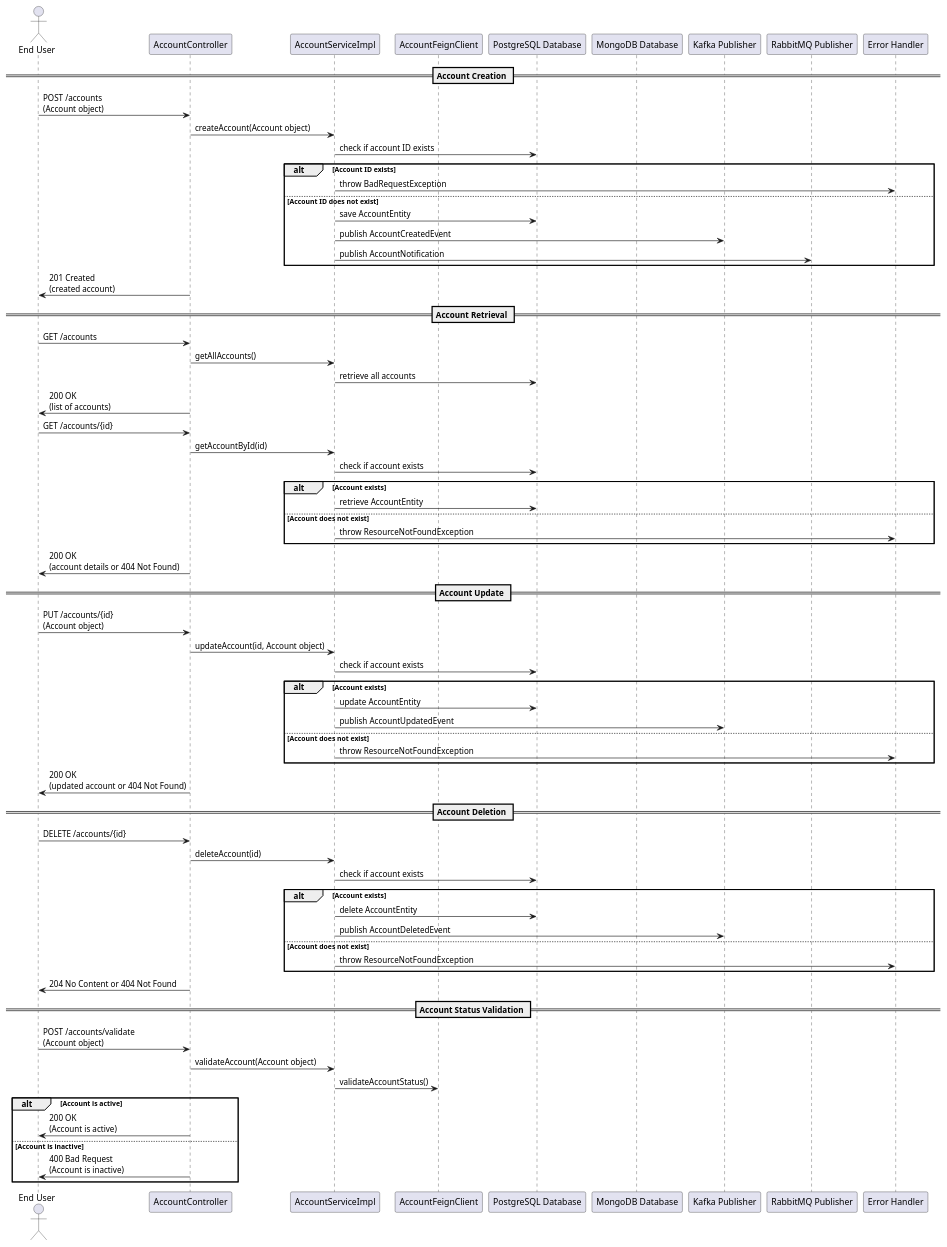
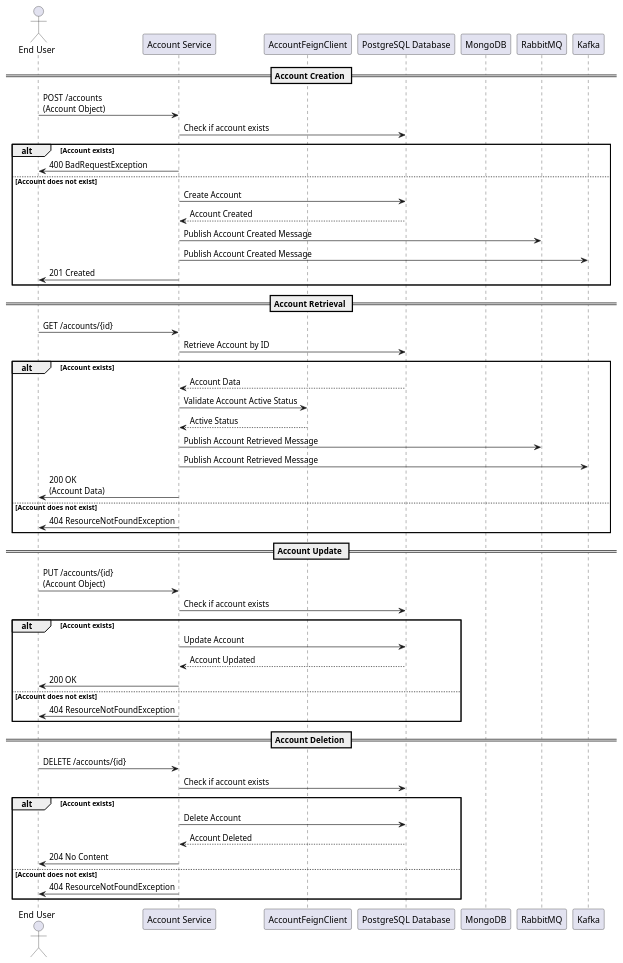
The diagram in GeneratedDesignDocument/AccountService_25.md (Bhaskar-Pavan/AccountService), drawn with PlantUML before and after one commit. The commit also changed other lines of this file, not shown here.

````diff
--- a/GeneratedDesignDocument/AccountService_25.md
+++ b/GeneratedDesignDocument/AccountService_25.md
@@ -45,77 +36,61 @@
 ```plantuml
 @startuml
 actor "End User" as User
-participant "AccountController" as Controller
-participant "AccountServiceImpl" as Service
+participant "Account Service" as Service
 participant "AccountFeignClient" as FeignClient
-participant "PostgreSQL Database" as PostgreSQL
-participant "MongoDB Database" as MongoDB
-participant "Kafka Publisher" as Kafka
-participant "RabbitMQ Publisher" as RabbitMQ
-participant "Error Handler" as ErrorHandler
+participant "PostgreSQL Database" as PGDB
+participant "MongoDB" as MongoDB
+participant "RabbitMQ" as RabbitMQ
+participant "Kafka" as Kafka
 
 == Account Creation ==
-User -> Controller: POST /accounts\n(Account object)
-Controller -> Service: createAccount(Account object)
-Service -> PostgreSQL: check if account ID exists
-alt Account ID exists
-    Service -> ErrorHandler: throw BadRequestException
-else Account ID does not exist
-    Service -> PostgreSQL: save AccountEntity
-    Service -> Kafka: publish AccountCreatedEvent
-    Service -> RabbitMQ: publish AccountNotification
+User -> Service : POST /accounts\n(Account Object)
+Service -> PGDB : Check if account exists
+alt Account exists
+    Service -> User : 400 BadRequestException
+else Account does not exist
+    Service -> PGDB : Create Account
+    PGDB --> Service : Account Created
+    Service -> RabbitMQ : Publish Account Created Message
+    Service -> Kafka : Publish Account Created Message
+    Service -> User : 201 Created
 end
-Controller -> User: 201 Created\n(created account)
 
 == Account Retrieval ==
-User -> Controller: GET /accounts
-Controller -> Service: getAllAccounts()
-Service -> PostgreSQL: retrieve all accounts
-Controller -> User: 200 OK\n(list of accounts)
-
-User -> Controller: GET /accounts/{id}
-Controller -> Service: getAccountById(id)
-Service -> PostgreSQL: check if account exists
+User -> Service : GET /accounts/{id}
+Service -> PGDB : Retrieve Account by ID
 alt Account exists
-    Service -> PostgreSQL: retrieve AccountEntity
+    PGDB --> Service : Account Data
+    Service -> FeignClient : Validate Account Active Status
+    FeignClient --> Service : Active Status
+    Service -> RabbitMQ : Publish Account Retrieved Message
+    Service -> Kafka : Publish Account Retrieved Message
+    Service -> User : 200 OK\n(Account Data)
 else Account does not exist
-    Service -> ErrorHandler: throw ResourceNotFoundException
+    Service -> User : 404 ResourceNotFoundException
 end
-Controller -> User: 200 OK\n(account details or 404 Not Found)
 
 == Account Update ==
-User -> Controller: PUT /accounts/{id}\n(Account object)
-Controller -> Service: updateAccount(id, Account object)
-Service -> PostgreSQL: check if account exists
+User -> Service : PUT /accounts/{id}\n(Account Object)
+Service -> PGDB : Check if account exists
 alt Account exists
-    Service -> PostgreSQL: update AccountEntity
-    Service -> Kafka: publish AccountUpdatedEvent
+    Service -> PGDB : Update Account
+    PGDB --> Service : Account Updated
+    Service -> User : 200 OK
 else Account does not exist
-    Service -> ErrorHandler: throw ResourceNotFoundException
+    Service -> User : 404 ResourceNotFoundException
 end
-Controller -> User: 200 OK\n(updated account or 404 Not Found)
 
 == Account Deletion ==
-User -> Controller: DELETE /accounts/{id}
-Controller -> Service: deleteAccount(id)
-Service -> PostgreSQL: check if account exists
+User -> Service : DELETE /accounts/{id}
+Service -> PGDB : Check if account exists
 alt Account exists
-    Service -> PostgreSQL: delete AccountEntity
-    Service -> Kafka: publish AccountDeletedEvent
+    Service -> PGDB : Delete Account
+    PGDB --> Service : Account Deleted
+    Service -> User : 204 No Content
 else Account does not exist
-    Service -> ErrorHandler: throw ResourceNotFoundException
-end
-Controller -> User: 204 No Content or 404 Not Found
-
-== Account Status Validation ==
-User -> Controller: POST /accounts/validate\n(Account object)
-Controller -> Service: validateAccount(Account object)
-Service -> FeignClient: validateAccountStatus()
-alt Account is active
-    Controller -> User: 200 OK\n(Account is active)
-else Account is inactive
-    Controller -> User: 400 Bad Request\n(Account is inactive)
+    Service -> User : 404 ResourceNotFoundException
 end
 
 @enduml
 ```
````
